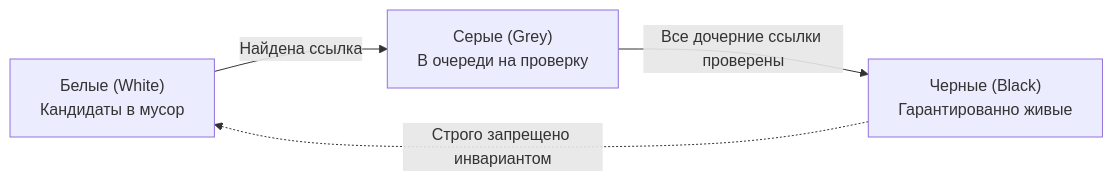
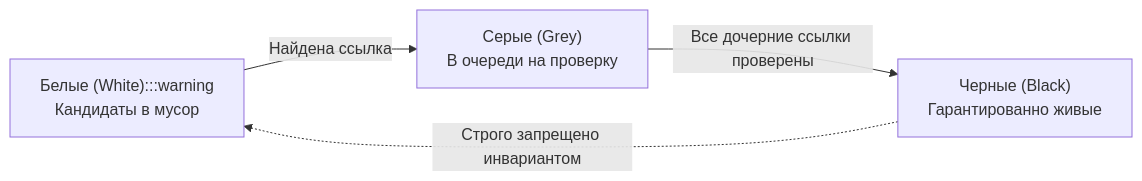
The first of 2 diagrams in sources/7. Глубокий Go (Внутреннее устройство)/25. Mark, Sweep и Tricolor GC.md (UnrealTemplier/go-textbook), drawn with Mermaid before and after one commit. The commit also changed other lines of this file and 1666 other files, not shown here.

First line of the commit message:
feat(mermaid): add semantic color classDef to 1369 colorless flowchart/graph diagrams

````diff
--- a/sources/7. Глубокий Go (Внутреннее устройство)/25. Mark, Sweep и Tricolor GC.md
+++ b/sources/7. Глубокий Go (Внутреннее устройство)/25. Mark, Sweep и Tricolor GC.md
@@ -31,7 +31,17 @@
 ```mermaid
 flowchart LR
-    W["Белые (White)<br>Кандидаты в мусор"] -->|Найдена ссылка| G["Серые (Grey)<br>В очереди на проверку"]
+    classDef process  fill:#1e293b,stroke:#38bdf8,stroke-width:1px,color:#f8fafc
+    classDef success  fill:#064e3b,stroke:#34d399,stroke-width:1px,color:#f8fafc
+    classDef error    fill:#7f1d1d,stroke:#f87171,stroke-width:1px,color:#f8fafc
+    classDef warning  fill:#78350f,stroke:#fbbf24,stroke-width:1px,color:#f8fafc
+    classDef entry    fill:#1e3a5f,stroke:#38bdf8,stroke-width:2px,color:#f8fafc
+    classDef aux      fill:#334155,stroke:#64748b,stroke-width:1px,color:#f8fafc
+    classDef system   fill:#312e81,stroke:#a78bfa,stroke-width:1px,color:#f8fafc
+    classDef data     fill:#132d29,stroke:#2dd4bf,stroke-width:1px,color:#f8fafc
+    classDef network  fill:#881337,stroke:#fb7185,stroke-width:1px,color:#f8fafc
+    classDef accent   fill:#1e1b4b,stroke:#818cf8,stroke-width:1px,color:#f8fafc
+    W["Белые (White):::warning<br>Кандидаты в мусор"] -->|Найдена ссылка| G["Серые (Grey)<br>В очереди на проверку"]
     G -->|Все дочерние ссылки проверены| B["Черные (Black)<br>Гарантированно живые"]
     
     B -.->|Строго запрещено инвариантом| W
 ```
````
